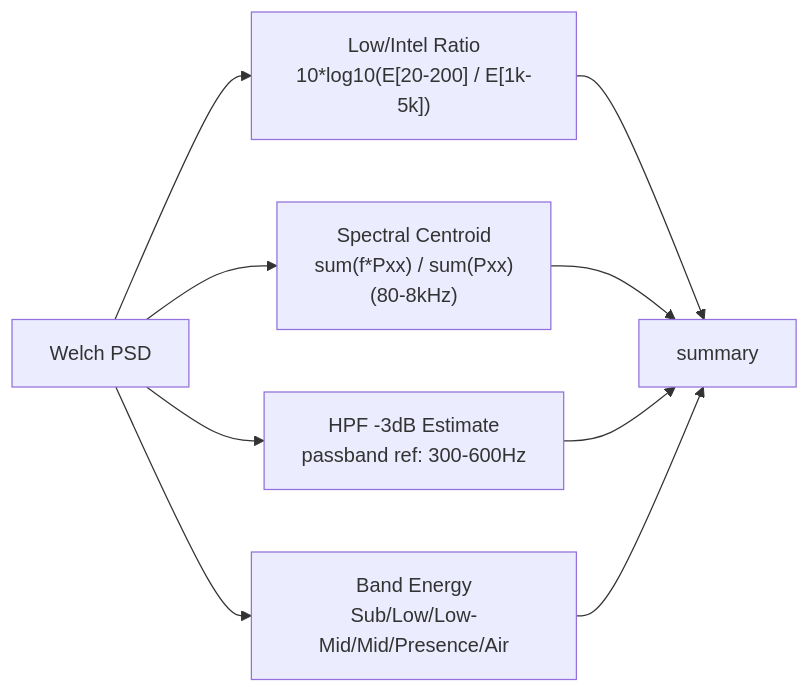
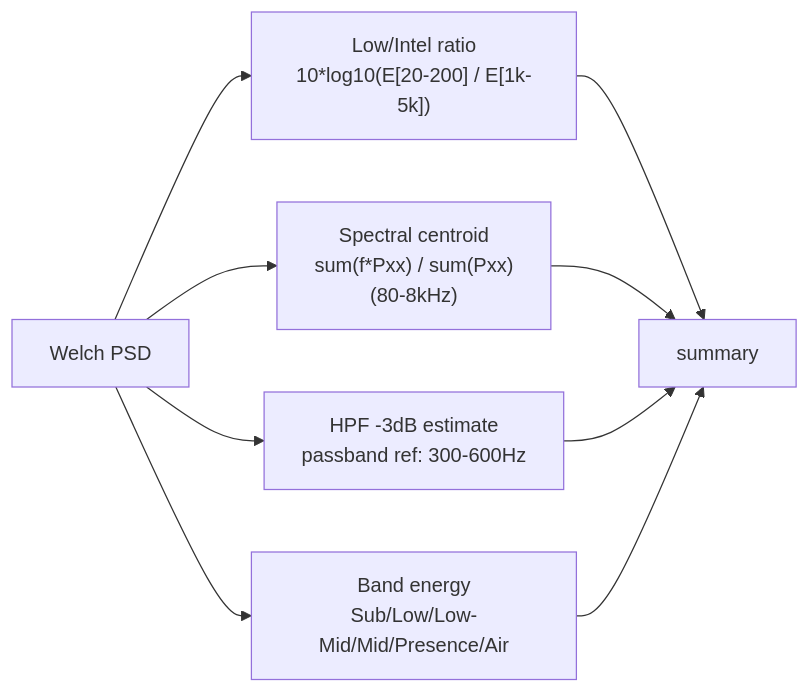
Before and after one commit to semnil/analyze-spectrum: the fourth of 18 diagrams in docs/architecture.md, drawn with Mermaid. The commit also changed other lines of this file and 7 other files, not shown here.

````diff
--- a/docs/architecture.md
+++ b/docs/architecture.md
@@ -120,14 +129,14 @@
 ```mermaid
 flowchart LR
     PSD["Welch PSD"]
 
-    PSD --> LI["Low/Intel Ratio<br>10*log10(E[20-200] / E[1k-5k])"]
-    PSD --> SC["Spectral Centroid<br>sum(f*Pxx) / sum(Pxx)<br>(80-8kHz)"]
-    PSD --> HPF["HPF -3dB Estimate<br>passband ref: 300-600Hz"]
-    PSD --> BE["Band Energy<br>Sub/Low/Low-Mid/Mid/Presence/Air"]
+    PSD --> LI["Low/Intel ratio<br>10*log10(E[20-200] / E[1k-5k])"]
+    PSD --> SC["Spectral centroid<br>sum(f*Pxx) / sum(Pxx)<br>(80-8kHz)"]
+    PSD --> HPF["HPF -3dB estimate<br>passband ref: 300-600Hz"]
+    PSD --> BE["Band energy<br>Sub/Low/Low-Mid/Mid/Presence/Air"]
 
     LI --> S["summary"]
     SC --> S
     HPF --> S
     BE --> S
 ```
````
